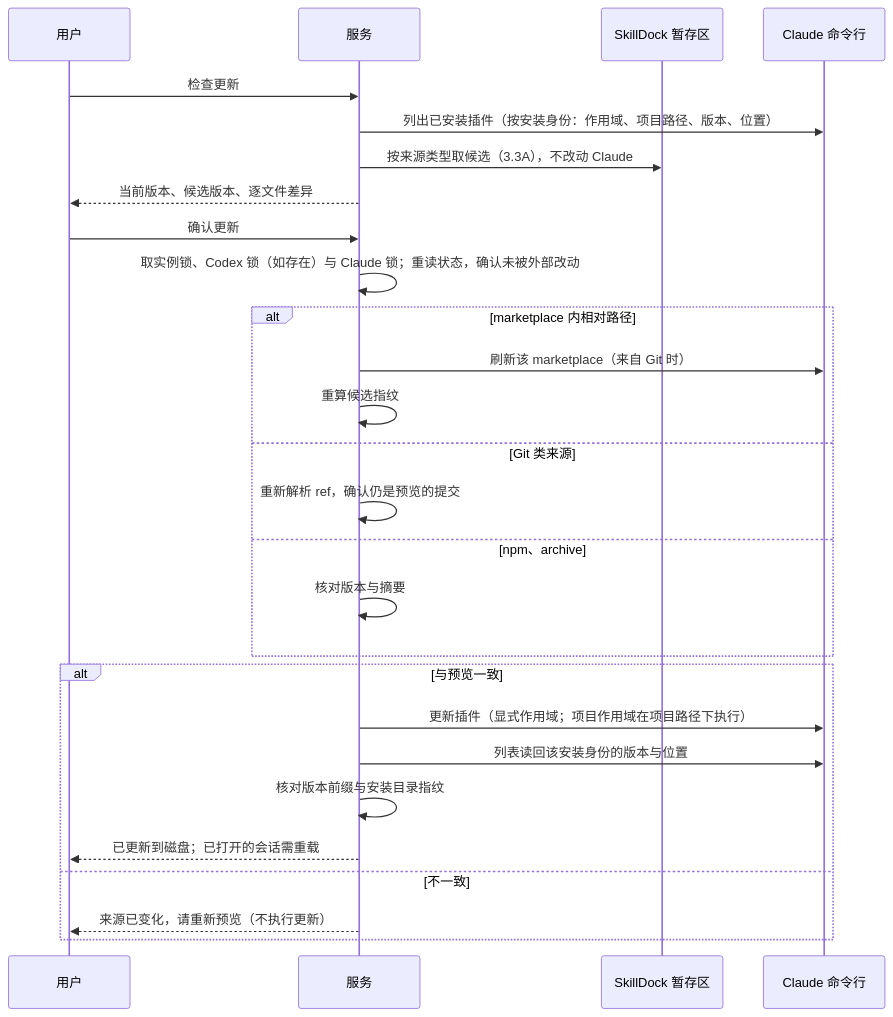
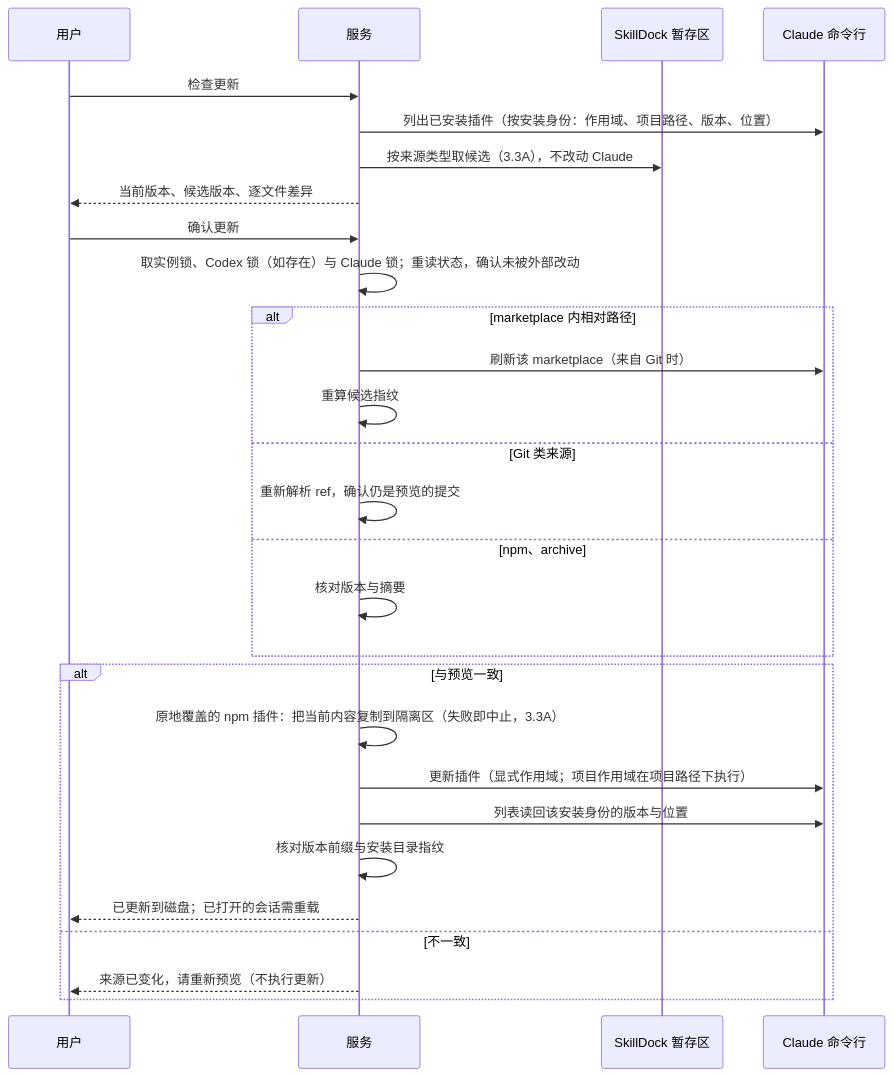
The third of 6 diagrams in plugins/skilldock/skills/skill-manager/references/35-cross-agent-hld.md (TestAny-io/testany-agent-skills), drawn with Mermaid before and after one commit. The commit also changed other lines of this file and 6 other files, not shown here.

````diff
--- a/plugins/skilldock/skills/skill-manager/references/35-cross-agent-hld.md
+++ b/plugins/skilldock/skills/skill-manager/references/35-cross-agent-hld.md
@@ -912,29 +914,30 @@
 ```mermaid
 sequenceDiagram
     participant U as 用户
     participant SV as 服务
     participant TMP as SkillDock 暂存区
     participant CLI as Claude 命令行
     U->>SV: 检查更新
     SV->>CLI: 列出已安装插件（按安装身份：作用域、项目路径、版本、位置）
     SV->>TMP: 按来源类型取候选（3.3A），不改动 Claude
     SV-->>U: 当前版本、候选版本、逐文件差异
     U->>SV: 确认更新
     SV->>SV: 取实例锁、Codex 锁（如存在）与 Claude 锁；重读状态，确认未被外部改动
     alt marketplace 内相对路径
         SV->>CLI: 刷新该 marketplace（来自 Git 时）
         SV->>SV: 重算候选指纹
     else Git 类来源
         SV->>SV: 重新解析 ref，确认仍是预览的提交
     else npm、archive
         SV->>SV: 核对版本与摘要
     end
     alt 与预览一致
+        SV->>SV: 原地覆盖的 npm 插件：把当前内容复制到隔离区（失败即中止，3.3A）
         SV->>CLI: 更新插件（显式作用域；项目作用域在项目路径下执行）
         SV->>CLI: 列表读回该安装身份的版本与位置
         SV->>SV: 核对版本前缀与安装目录指纹
         SV-->>U: 已更新到磁盘；已打开的会话需重载
     else 不一致
         SV-->>U: 来源已变化，请重新预览（不执行更新）
     end
 ```
````
